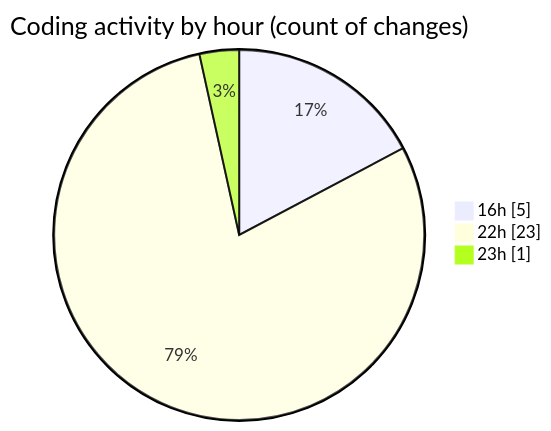
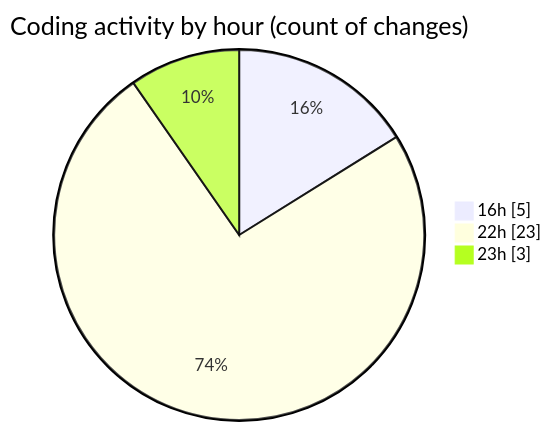
One commit to robertbonfada/code-tracking changed the second of 2 diagrams in 2025-03-18/peregrino-web/README.md. Above: the diagram before and after it, drawn with Mermaid. The commit also changed other lines of this file and 1 other file, not shown here.

````diff
--- a/2025-03-18/peregrino-web/README.md
+++ b/2025-03-18/peregrino-web/README.md
@@ -38,7 +39,7 @@
 ```mermaid
 pie showData
 title Coding activity by hour (count of changes)
 "16h" : 5
 "22h" : 23
-"23h" : 1
+"23h" : 3
 ```
````
